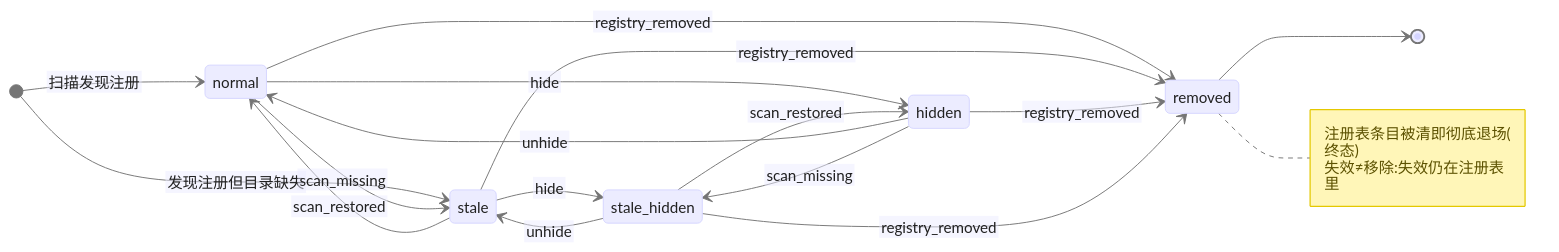
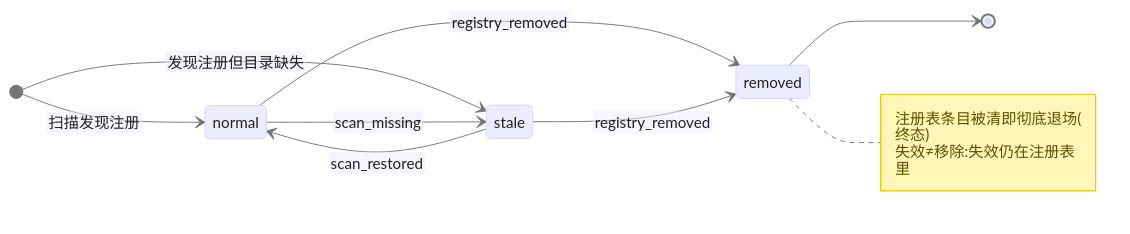
The diagram in docs/prototypes/project-list/visibility/visibility.mmd (aloong-planet/agentshed), drawn with Mermaid before and after one commit. The commit also changed 49 other files, not shown here.

```diff
--- a/docs/prototypes/project-list/visibility/visibility.mmd
+++ b/docs/prototypes/project-list/visibility/visibility.mmd
@@ -1,41 +1,33 @@
-%% title: 项目可见性状态机(失效过滤与手动隐藏正交)
+%% title: 项目可见性状态机(失效与移除是两回事)
 %%{init: {
   'theme': 'base',
   'htmlLabels': false,
   'state': { 'htmlLabels': false },
   'flowchart': { 'htmlLabels': false },
   'themeVariables': {
     'primaryColor': '#ECECFF',
     'primaryBorderColor': '#D5D5FF',
     'primaryTextColor': '#000000',
     'lineColor': '#757575',
     'textColor': '#212121',
     'edgeLabelBackground': 'transparent',
     'noteBkgColor': '#FFF6B8',
     'noteBorderColor': '#E4C800',
     'noteTextColor': '#5C5100',
     'tertiaryColor': '#f5f5f5',
     'background': '#FFFFFF'
   }
 }}%%
 stateDiagram-v2
   direction LR
   [*] --> normal: 扫描发现注册
   [*] --> stale: 发现注册但目录缺失
   normal --> stale: scan_missing
   stale --> normal: scan_restored
-  normal --> hidden: hide
-  hidden --> normal: unhide
-  stale --> stale_hidden: hide
-  stale_hidden --> stale: unhide
-  hidden --> stale_hidden: scan_missing
-  stale_hidden --> hidden: scan_restored
   normal --> removed: registry_removed
   stale --> removed: registry_removed
-  hidden --> removed: registry_removed
-  stale_hidden --> removed: registry_removed
   removed --> [*]
   note right of removed
     注册表条目被清即彻底退场(终态)
     失效≠移除:失效仍在注册表里
   end note
```
